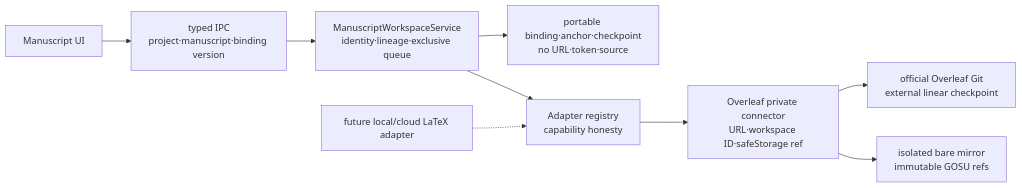
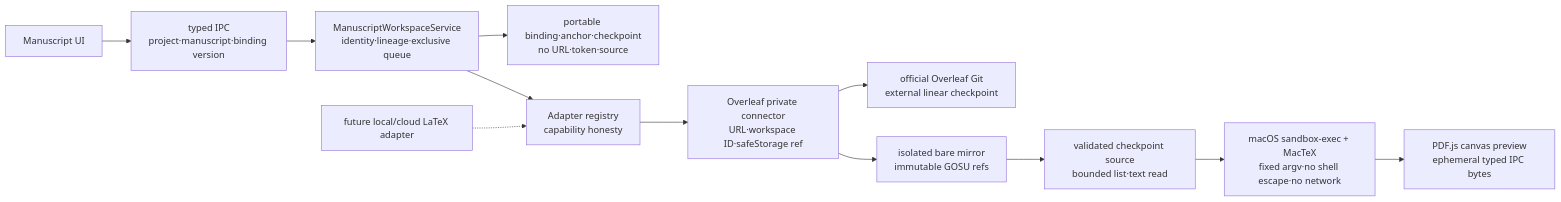
One commit to gli-minsuk-shin/GOSU changed the fifth of 8 diagrams in docs/ARCHITECTURE.md. Above: the diagram before and after it, drawn with Mermaid. The commit also changed other lines of this file and 33 other files, not shown here.

Commit message:
feat(desktop): connect manuscript chat and PDF preview (#79)

````diff
--- a/docs/ARCHITECTURE.md
+++ b/docs/ARCHITECTURE.md
@@ -1525,19 +1525,24 @@
 ```mermaid
 flowchart LR
   UI["Manuscript UI"]
   IPC["typed IPC\nproject·manuscript·binding version"]
   Service["ManuscriptWorkspaceService\nidentity·lineage·exclusive queue"]
   Registry["Adapter registry\ncapability honesty"]
   OverleafPrivate["Overleaf private connector\nURL·workspace ID·safeStorage ref"]
   OverleafGit["official Overleaf Git\nexternal linear checkpoint"]
   Mirror["isolated bare mirror\nimmutable GOSU refs"]
+  Source["validated checkpoint source\nbounded list·text read"]
+  Compiler["macOS sandbox-exec + MacTeX\nfixed argv·no shell escape·no network"]
+  Preview["PDF.js canvas preview\nephemeral typed IPC bytes"]
   Portable["portable binding·anchor·checkpoint\nno URL·token·source"]
   Future["future local/cloud LaTeX adapter"]
 
   UI --> IPC --> Service
   Service --> Portable
   Service --> Registry
   Registry --> OverleafPrivate --> OverleafGit
   OverleafPrivate --> Mirror
+  Mirror --> Source
+  Source --> Compiler --> Preview
   Future -.-> Registry
 ```
````
